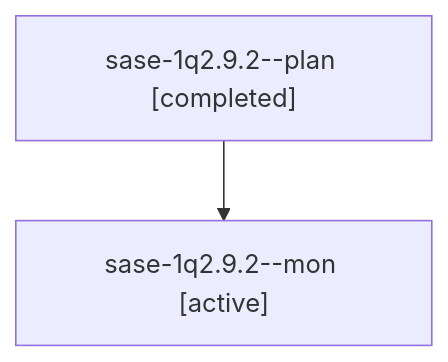
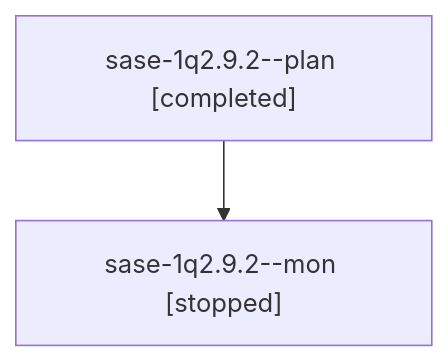
Before and after one commit to sase-org/sase--agents: the diagram in sessions/bbugyi200.athena.sase-1q2.9.2.md, drawn with Mermaid. The commit also changed other lines of this file and 63 other files, not shown here.

````diff
--- a/sessions/bbugyi200.athena.sase-1q2.9.2.md
+++ b/sessions/bbugyi200.athena.sase-1q2.9.2.md
@@ -9,6 +9,6 @@
 ```mermaid
 flowchart TD
   n0["sase-1q2.9.2--plan [completed]"]
-  n1["sase-1q2.9.2--mon [active]"]
+  n1["sase-1q2.9.2--mon [stopped]"]
   n0 --> n1
 ```
````
